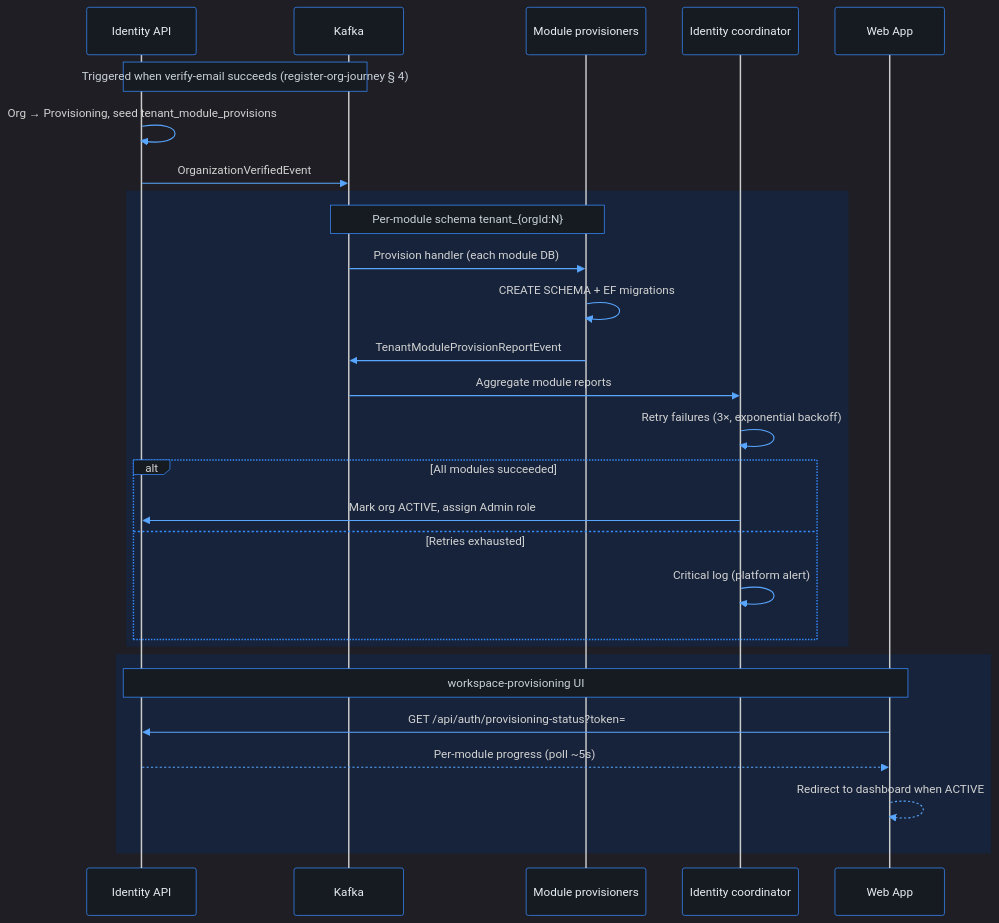
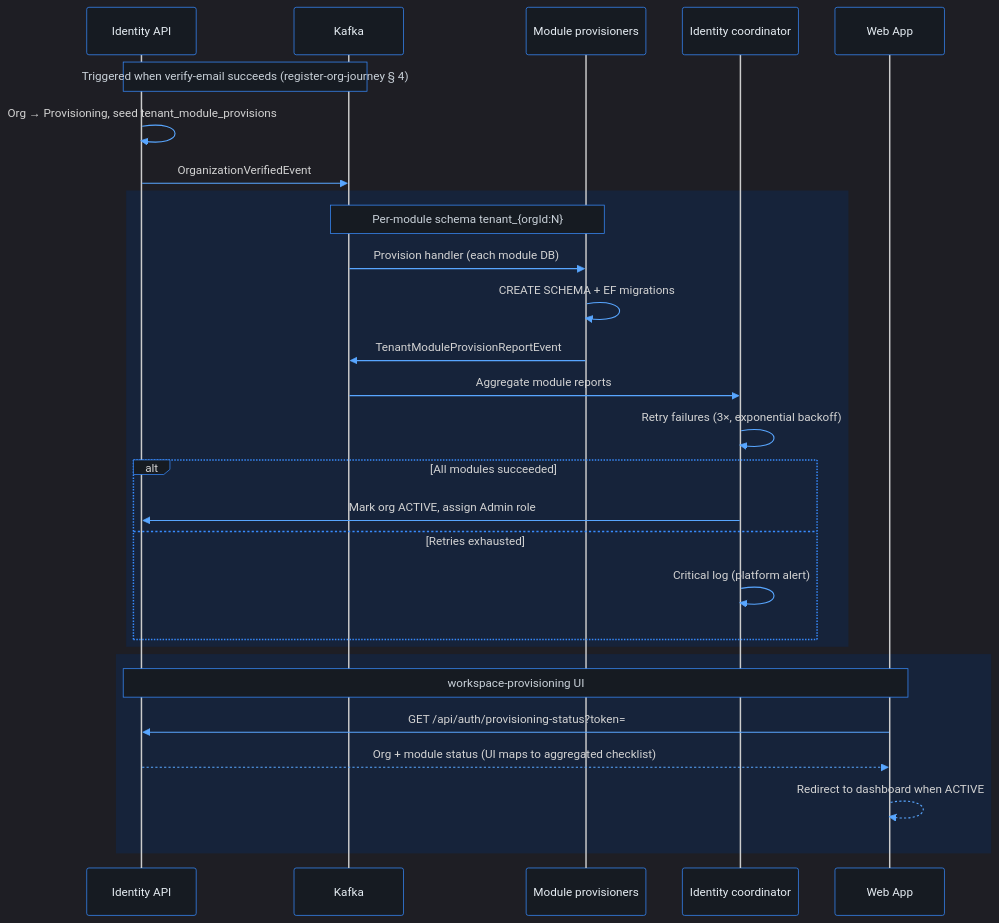
Before and after one commit to phuongnse/axis: the third of 4 diagrams in docs/use-cases/platform-foundation/register-org/README.md, drawn with Mermaid. The commit also changed other lines of this file and 3 other files, not shown here.

````diff
--- a/docs/use-cases/platform-foundation/register-org/README.md
+++ b/docs/use-cases/platform-foundation/register-org/README.md
@@ -283,35 +284,35 @@
 ```mermaid
 %%{init: {'theme':'dark','themeVariables':{'background':'#0d1117','mainBkg':'#0d1117','primaryColor':'#161b22','primaryBorderColor':'#388bfd','primaryTextColor':'#e6edf3','secondaryColor':'#21262d','secondaryBorderColor':'#388bfd','secondaryTextColor':'#e6edf3','tertiaryColor':'#161b22','tertiaryTextColor':'#e6edf3','lineColor':'#58a6ff','textColor':'#e6edf3','nodeBorder':'#388bfd','clusterBkg':'#161b22','clusterBorder':'#388bfd','titleColor':'#e6edf3','edgeLabelBackground':'#161b22','actorBkg':'#161b22','actorBorder':'#388bfd','actorTextColor':'#e6edf3','signalColor':'#58a6ff','labelBoxBkgColor':'#161b22','labelBoxBorderColor':'#388bfd','noteBkgColor':'#161b22','noteBorderColor':'#388bfd','noteTextColor':'#c9d1d9','activationBkgColor':'#30363d'}}}%%
 
 sequenceDiagram
   participant API as Identity API
   participant Kafka
   participant Mod as Module provisioners
   participant Coord as Identity coordinator
   participant Web as Web App
 
   Note over API,Kafka: Triggered when verify-email succeeds (register-org-journey § 4)
   API->>API: Org → Provisioning, seed tenant_module_provisions
   API->>Kafka: OrganizationVerifiedEvent
 
   rect rgb(22, 35, 58)
     Note over Kafka,Mod: Per-module schema tenant_{orgId:N}
     Kafka->>Mod: Provision handler (each module DB)
     Mod->>Mod: CREATE SCHEMA + EF migrations
     Mod->>Kafka: TenantModuleProvisionReportEvent
     Kafka->>Coord: Aggregate module reports
     Coord->>Coord: Retry failures (3×, exponential backoff)
     alt All modules succeeded
       Coord->>API: Mark org ACTIVE, assign Admin role
     else Retries exhausted
       Coord->>Coord: Critical log (platform alert)
     end
   end
 
   rect rgb(22, 35, 58)
     Note over Web,API: workspace-provisioning UI
     Web->>API: GET /api/auth/provisioning-status?token=
-    API-->>Web: Per-module progress (poll ~5s)
+    API-->>Web: Org + module status (UI maps to aggregated checklist)
     Web-->>Web: Redirect to dashboard when ACTIVE
   end
 ```
````
